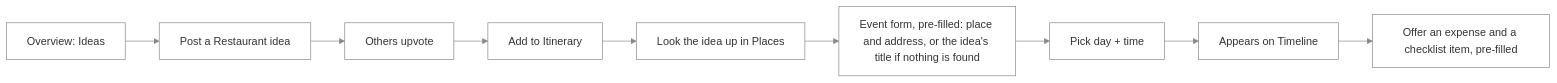
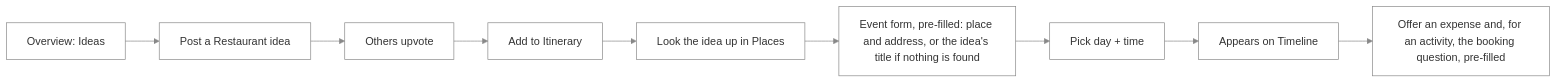
Diagram 16 of 23 in src/apps/waypoint/UX.md (NovaMoonX/moondreams-dev-apps), drawn with Mermaid before and after one commit. The commit also changed other lines of this file and 35 other files, not shown here.

First line of the commit message:
Waypoint: link checklist items to activities, with a booking badge and question (#273)

````diff
--- a/src/apps/waypoint/UX.md
+++ b/src/apps/waypoint/UX.md
@@ -356,5 +356,5 @@
 ```mermaid
 %%{init: {'theme': 'base', 'themeVariables': {'primaryColor': 'transparent', 'clusterBkg': 'transparent', 'primaryBorderColor': '#888888', 'clusterBorder': '#888888', 'lineColor': '#888888', 'primaryTextColor': '#333333'}}}%%
 flowchart LR
-    A[Overview: Ideas] --> B[Post a Restaurant idea] --> C[Others upvote] --> D[Add to Itinerary] --> L[Look the idea up in Places] --> E[Event form, pre-filled: place and address, or the idea's title if nothing is found] --> F[Pick day + time] --> G[Appears on Timeline] --> H[Offer an expense and a checklist item, pre-filled]
+    A[Overview: Ideas] --> B[Post a Restaurant idea] --> C[Others upvote] --> D[Add to Itinerary] --> L[Look the idea up in Places] --> E[Event form, pre-filled: place and address, or the idea's title if nothing is found] --> F[Pick day + time] --> G[Appears on Timeline] --> H[Offer an expense and, for an activity, the booking question, pre-filled]
 ```
````
